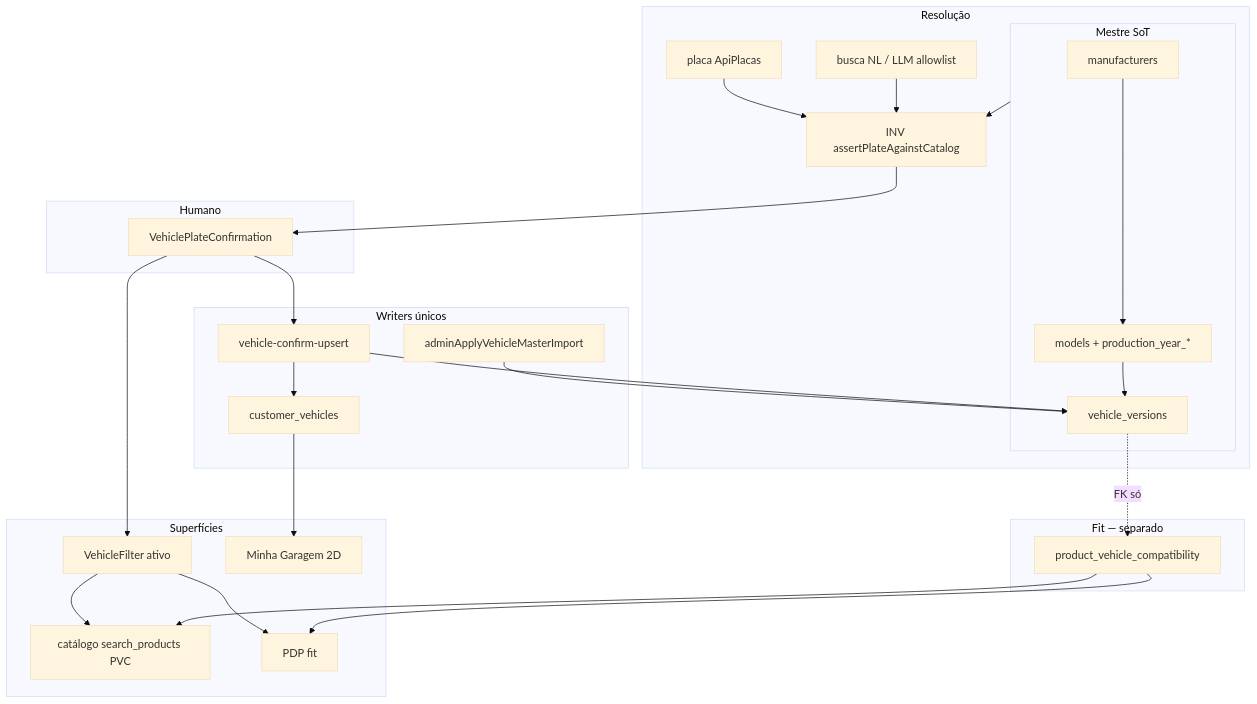
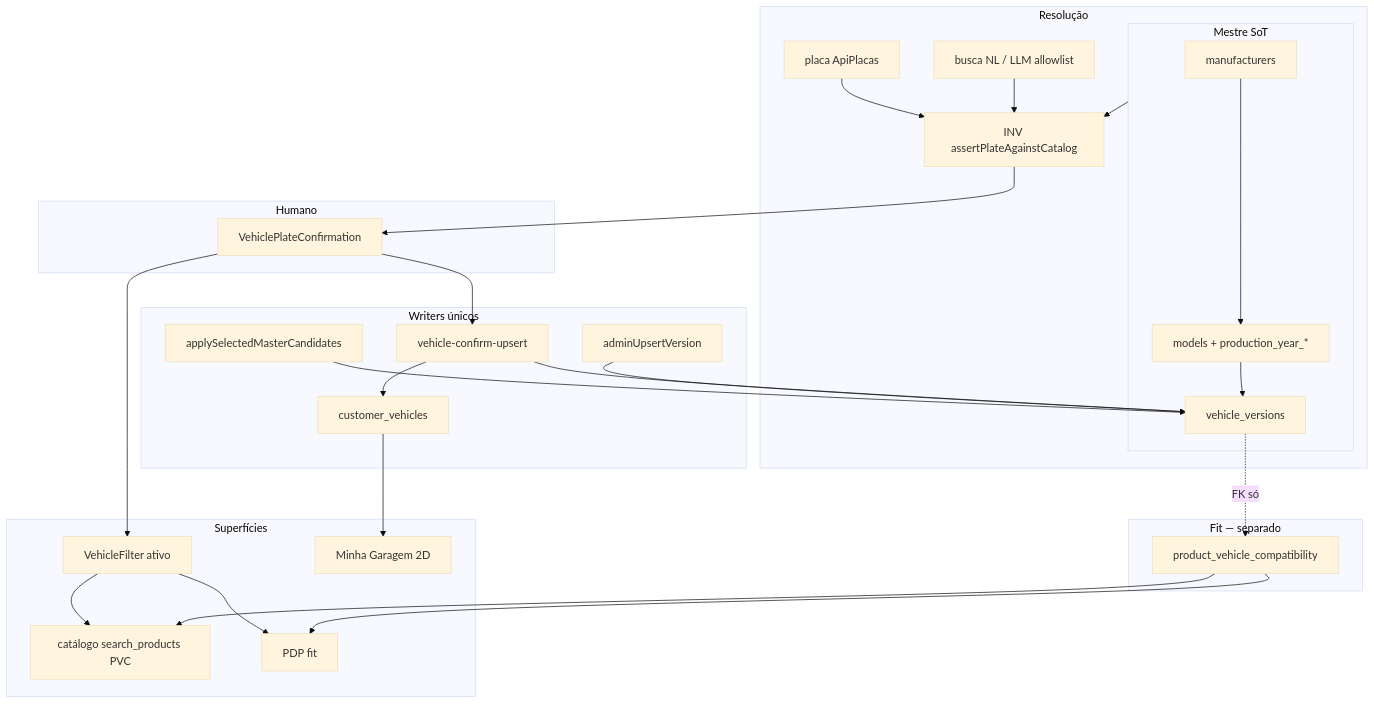
Before and after one commit to efe777-creator/FAL-PECAS-AUTOMOTIVAS: the diagram in docs/arquitetura/FAL_MAPA_VEICULO_CAMINHOS_RELACOES_2026-11-21.md, drawn with Mermaid (base theme). The commit also changed other lines of this file and 42 other files, not shown here.

````diff
--- a/docs/arquitetura/FAL_MAPA_VEICULO_CAMINHOS_RELACOES_2026-11-21.md
+++ b/docs/arquitetura/FAL_MAPA_VEICULO_CAMINHOS_RELACOES_2026-11-21.md
@@ -31,45 +31,47 @@
 ```mermaid
 flowchart TB
   subgraph master [Mestre SoT]
     M[manufacturers]
     Mo[models + production_year_*]
     VV[vehicle_versions]
     M --> Mo --> VV
   end
   subgraph fit [Fit — separado]
     PVC[product_vehicle_compatibility]
     VV -.->|FK só| PVC
   end
   subgraph resolve [Resolução]
     Plate[placa ApiPlacas]
     NL[busca NL / LLM allowlist]
     INV[INV assertPlateAgainstCatalog]
     Plate --> INV
     NL --> INV
     master --> INV
   end
   subgraph human [Humano]
     Confirm[VehiclePlateConfirmation]
     INV --> Confirm
   end
   subgraph write [Writers únicos]
     ConfirmUpsert[vehicle-confirm-upsert]
-    Import[adminApplyVehicleMasterImport]
+    Import[applySelectedMasterCandidates]
+    Guide[adminUpsertVersion]
     Confirm --> ConfirmUpsert
     Import --> VV
+    Guide --> VV
     ConfirmUpsert --> VV
     ConfirmUpsert --> CV[customer_vehicles]
   end
   subgraph surface [Superfícies]
     Filter[VehicleFilter ativo]
     Catalog[catálogo search_products PVC]
     PDP[PDP fit]
     GarageUI[Minha Garagem 2D]
     Confirm --> Filter
     Filter --> Catalog
     Filter --> PDP
     CV --> GarageUI
     PVC --> Catalog
     PVC --> PDP
   end
 ```
````
